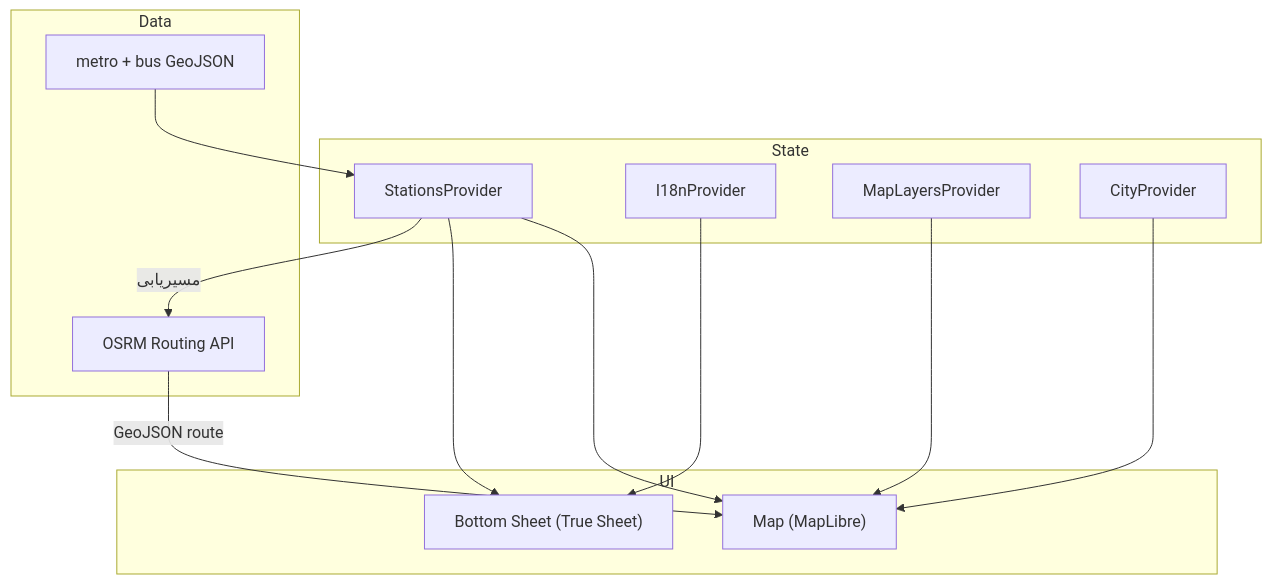
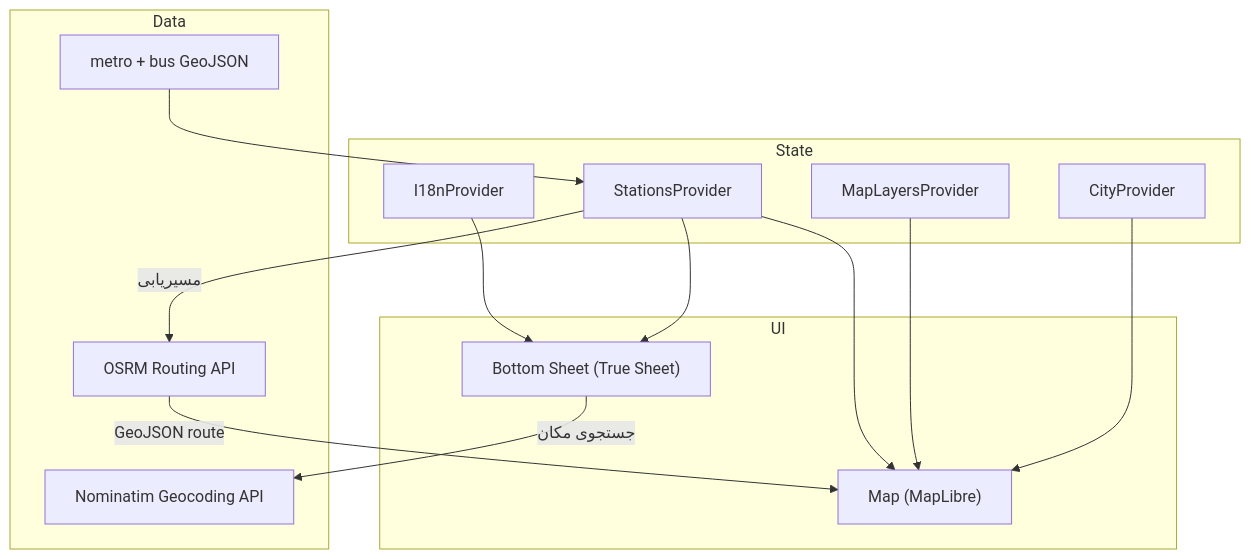
The first of 2 diagrams in README.md (MohsenDastaran/istgah-rn), drawn with Mermaid before and after one commit. The commit also changed other lines of this file and 2 other files, not shown here.

Commit message:
Enhance README and settings panel with new features: add address and landmark search via OpenStreetMap API, toggle between street and satellite basemaps, and include bus arrival inquiry functionality. Update translations for improved user guidance.

````diff
--- a/README.md
+++ b/README.md
@@ -153,28 +161,30 @@
 ```mermaid
 flowchart TB
     subgraph UI
         Map["Map (MapLibre)"]
         Sheet["Bottom Sheet (True Sheet)"]
     end
 
     subgraph State
         Ctx["StationsProvider"]
         I18n["I18nProvider"]
         Layers["MapLayersProvider"]
         City["CityProvider"]
     end
 
     subgraph Data
         Stations["metro + bus GeoJSON"]
         OSRM["OSRM Routing API"]
+        Nominatim["Nominatim Geocoding API"]
     end
 
     Stations --> Ctx
     City --> Map
     Layers --> Map
     Ctx --> Map
     Ctx --> Sheet
     I18n --> Sheet
+    Sheet -->|جستجوی مکان| Nominatim
     Ctx -->|مسیریابی| OSRM
     OSRM -->|GeoJSON route| Map
 ```
````
